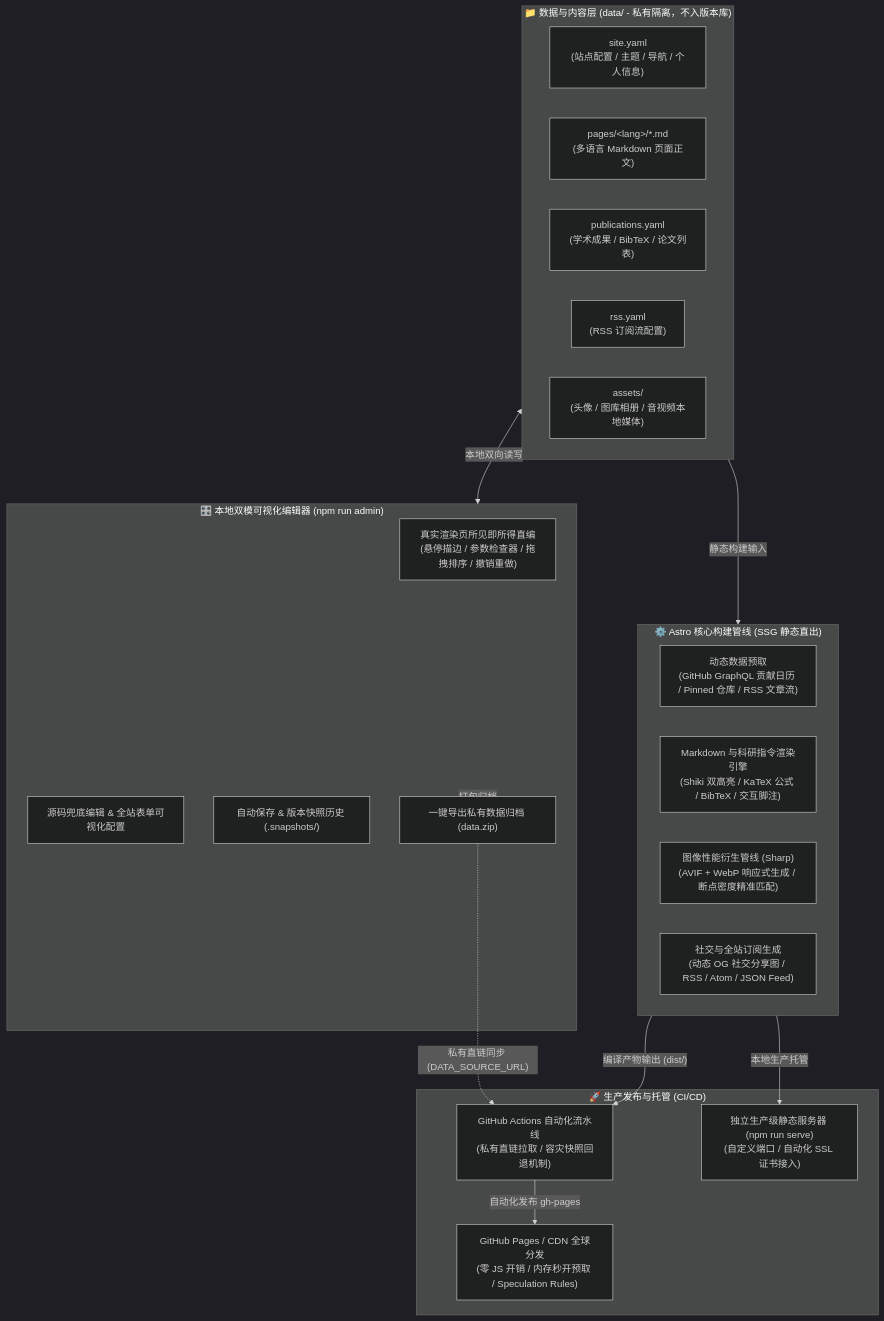
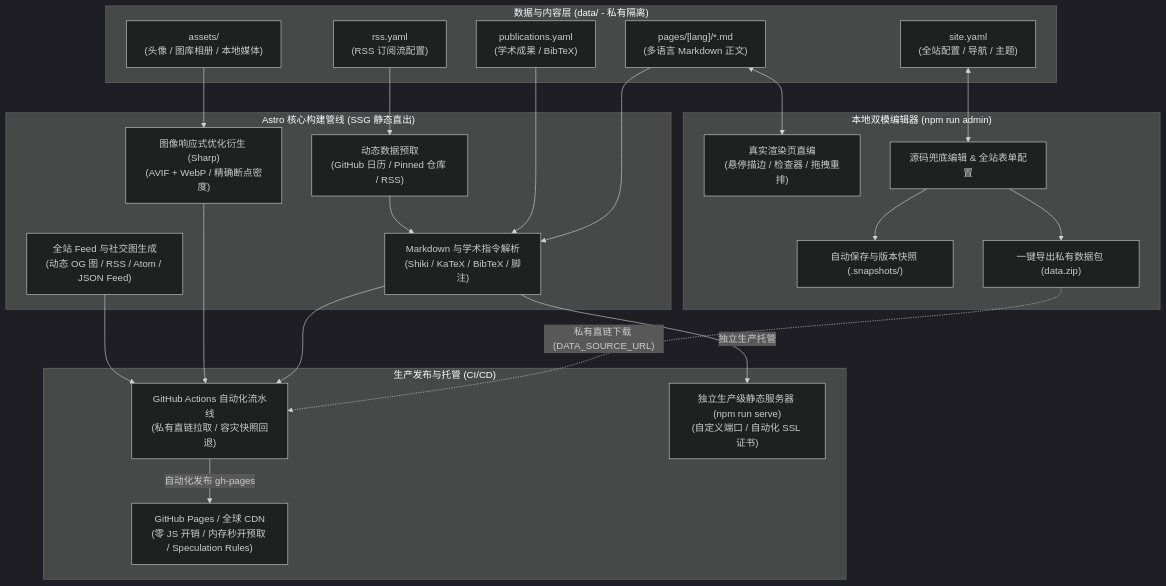
The diagram in README.zh-CN.md (stlin256/OpenHomepage-V2), drawn with Mermaid (dark theme) before and after one commit. The commit also changed 1 other file, not shown here.

Commit message:
fix(docs): 修复 GitHub Mermaid 语法兼容性

````diff
--- a/README.zh-CN.md
+++ b/README.zh-CN.md
@@ -322,39 +322,47 @@
 ```mermaid
 flowchart TD
-    subgraph DataLayer["📁 数据与内容层 (data/ - 私有隔离，不入版本库)"]
-        SiteYAML["site.yaml<br/>(站点配置 / 主题 / 导航 / 个人信息)"]
-        PagesMD["pages/&lt;lang&gt;/*.md<br/>(多语言 Markdown 页面正文)"]
-        PubsYAML["publications.yaml<br/>(学术成果 / BibTeX / 论文列表)"]
+    subgraph DataGroup["数据与内容层 (data/ - 私有隔离)"]
+        SiteYAML["site.yaml<br/>(全站配置 / 导航 / 主题)"]
+        PagesMD["pages/[lang]/*.md<br/>(多语言 Markdown 正文)"]
+        PubsYAML["publications.yaml<br/>(学术成果 / BibTeX)"]
         RssYAML["rss.yaml<br/>(RSS 订阅流配置)"]
-        MediaAssets["assets/<br/>(头像 / 图库相册 / 音视频本地媒体)"]
+        MediaAssets["assets/<br/>(头像 / 图库相册 / 本地媒体)"]
     end
 
-    subgraph EditEngine["🎛️ 本地双模可视化编辑器 (npm run admin)"]
-        WYSIWYG["真实渲染页所见即所得直编<br/>(悬停描边 / 参数检查器 / 拖拽排序 / 撤销重做)"]
-        SourceEditor["源码兜底编辑 & 全站表单可视化配置"]
-        Snapshots["自动保存 & 版本快照历史 (.snapshots/)"]
-        ExportZip["一键导出私有数据归档 (data.zip)"]
+    subgraph AdminGroup["本地双模编辑器 (npm run admin)"]
+        WYSIWYG["真实渲染页直编<br/>(悬停描边 / 检查器 / 拖拽重排)"]
+        SourceEditor["源码兜底编辑 & 全站表单配置"]
+        Snapshots["自动保存与版本快照 (.snapshots/)"]
+        ExportZip["一键导出私有数据包 (data.zip)"]
     end
 
-    subgraph BuildPipeline["⚙️ Astro 核心构建管线 (SSG 静态直出)"]
-        Prefetch["动态数据预取<br/>(GitHub GraphQL 贡献日历 / Pinned 仓库 / RSS 文章流)"]
-        MarkdownEngine["Markdown 与科研指令渲染引擎<br/>(Shiki 双高亮 / KaTeX 公式 / BibTeX / 交互脚注)"]
-        ImageOptimization["图像性能衍生管线 (Sharp)<br/>(AVIF + WebP 响应式生成 / 断点密度精准匹配)"]
-        Syndication["社交与全站订阅生成<br/>(动态 OG 社交分享图 / RSS / Atom / JSON Feed)"]
+    subgraph BuildGroup["Astro 核心构建管线 (SSG 静态直出)"]
+        PrefetchEngine["动态数据预取<br/>(GitHub 日历 / Pinned 仓库 / RSS)"]
+        MarkdownEngine["Markdown 与学术指令解析<br/>(Shiki / KaTeX / BibTeX / 脚注)"]
+        ImageEngine["图像响应式优化衍生 (Sharp)<br/>(AVIF + WebP / 精确断点密度)"]
+        SyndicationEngine["全站 Feed 与社交图生成<br/>(动态 OG 图 / RSS / Atom / JSON Feed)"]
     end
 
-    subgraph Deployment["🚀 生产发布与托管 (CI/CD)"]
-        GitHubActions["GitHub Actions 自动化流水线<br/>(私有直链拉取 / 容灾快照回退机制)"]
-        GitHubPages["GitHub Pages / CDN 全球分发<br/>(零 JS 开销 / 内存秒开预取 / Speculation Rules)"]
-        SelfHost["独立生产级静态服务器 (npm run serve)<br/>(自定义端口 / 自动化 SSL 证书接入)"]
+    subgraph DeployGroup["生产发布与托管 (CI/CD)"]
+        GHActions["GitHub Actions 自动化流水线<br/>(私有直链拉取 / 容灾快照回退)"]
+        GHPages["GitHub Pages / 全球 CDN<br/>(零 JS 开销 / 内存秒开预取 / Speculation Rules)"]
+        ServerHost["独立生产级静态服务器 (npm run serve)<br/>(自定义端口 / 自动化 SSL 证书)"]
     end
 
-    %% 数据流动与触发机制
-    DataLayer <-->|"本地双向读写"| EditEngine
-    EditEngine -->|"打包归档"| ExportZip
-    ExportZip -.->|"私有直链同步 (DATA_SOURCE_URL)"| GitHubActions
-    DataLayer -->|"静态构建输入"| BuildPipeline
-    BuildPipeline -->|"编译产物输出 (dist/)"| GitHubActions
-    GitHubActions -->|"自动化发布 gh-pages"| GitHubPages
-    BuildPipeline -->|"本地生产托管"| SelfHost
+    %% 核心数据流转
+    SiteYAML <--> SourceEditor
+    PagesMD <--> WYSIWYG
+    SourceEditor --> Snapshots
+    SourceEditor --> ExportZip
+    ExportZip -.->|"私有直链下载 (DATA_SOURCE_URL)"| GHActions
+    PagesMD --> MarkdownEngine
+    PubsYAML --> MarkdownEngine
+    RssYAML --> PrefetchEngine
+    MediaAssets --> ImageEngine
+    PrefetchEngine --> MarkdownEngine
+    MarkdownEngine --> GHActions
+    ImageEngine --> GHActions
+    SyndicationEngine --> GHActions
+    GHActions -->|"自动化发布 gh-pages"| GHPages
+    MarkdownEngine -->|"独立生产托管"| ServerHost
 ```
````
